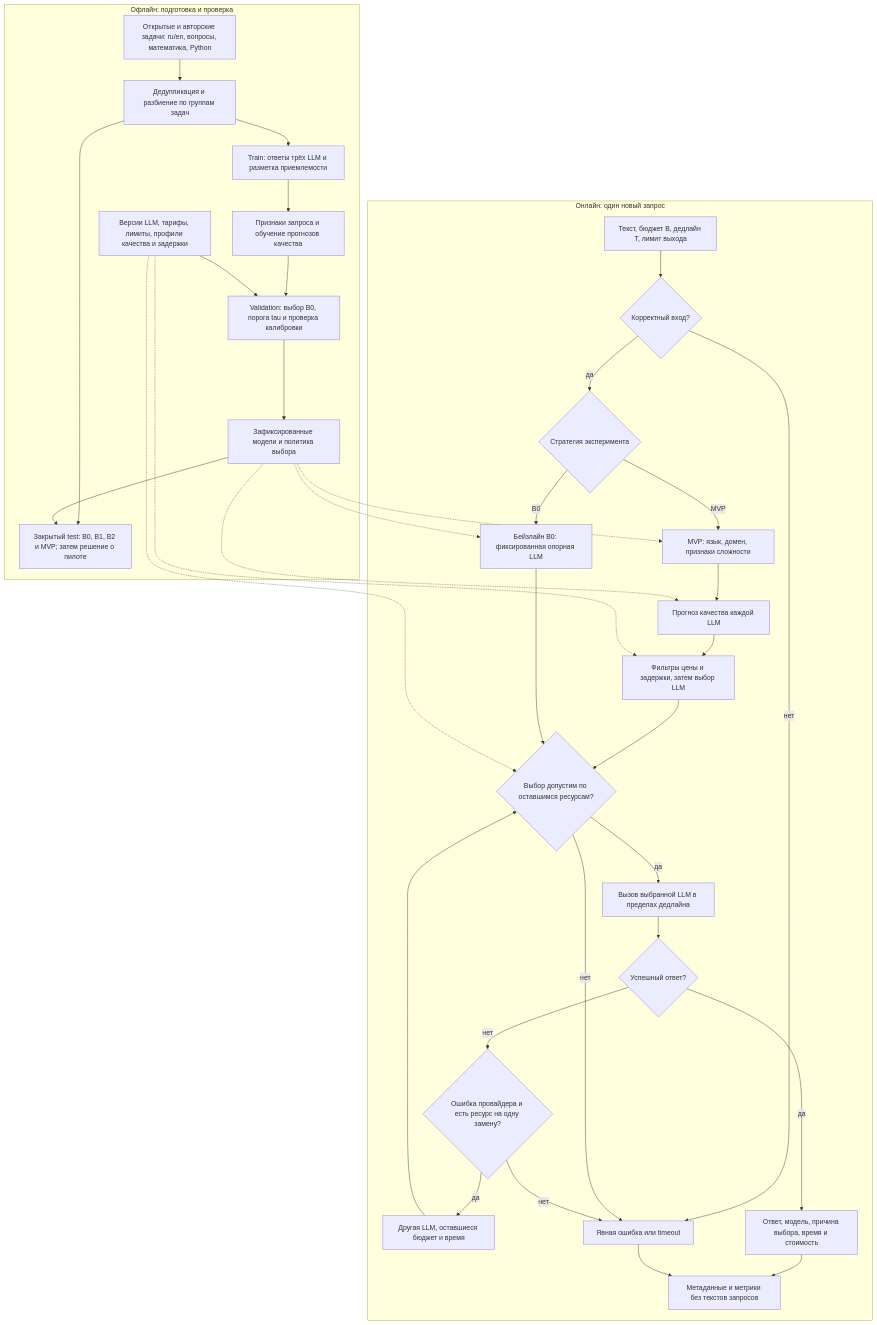
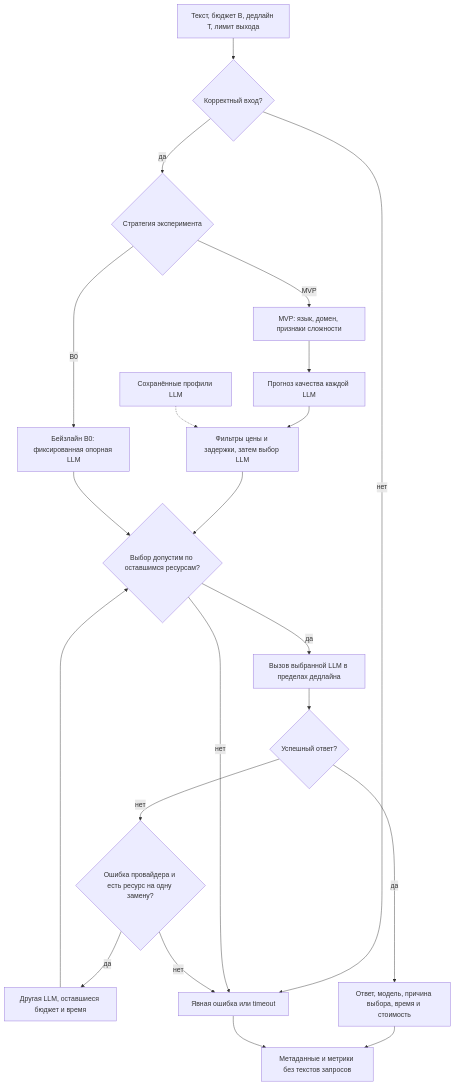
The second of 2 diagrams in docs/ml_system_design_doc.md (Mixlazer/ML_Sys_Design_HW), drawn with Mermaid before and after one commit. The commit also changed other lines of this file and 6 other files, not shown here.

````diff
--- a/docs/ml_system_design_doc.md
+++ b/docs/ml_system_design_doc.md
@@ -207,64 +226,38 @@
 ```mermaid
 flowchart TD
-    subgraph OFFLINE["Офлайн: подготовка и проверка"]
-        D["Открытые и авторские задачи: ru/en, вопросы, математика, Python"]
-        S["Дедупликация и разбиение по группам задач"]
-        TR["Train: ответы трёх LLM и разметка приемлемости"]
-        FIT["Признаки запроса и обучение прогнозов качества"]
-        VAL["Validation: выбор B0, порога tau и проверка калибровки"]
-        REG["Версии LLM, тарифы, лимиты, профили качества и задержки"]
-        ART["Зафиксированные модели и политика выбора"]
-        TEST["Закрытый test: B0, B1, B2 и MVP; затем решение о пилоте"]
-        D --> S
-        S --> TR
-        TR --> FIT
-        FIT --> VAL
-        REG --> VAL
-        VAL --> ART
-        S --> TEST
-        ART --> TEST
-    end
-
-    subgraph ONLINE["Онлайн: один новый запрос"]
-        IN["Текст, бюджет B, дедлайн T, лимит выхода"]
-        CHECK{"Корректный вход?"}
-        MODE{"Стратегия эксперимента"}
-        BASE["Бейзлайн B0: фиксированная опорная LLM"]
-        FEATURES["MVP: язык, домен, признаки сложности"]
-        PRED["Прогноз качества каждой LLM"]
-        PICK["Фильтры цены и задержки, затем выбор LLM"]
-        GUARD{"Выбор допустим по оставшимся ресурсам?"}
-        CALL["Вызов выбранной LLM в пределах дедлайна"]
-        OK{"Успешный ответ?"}
-        RETRY{"Ошибка провайдера и есть ресурс на одну замену?"}
-        FALLBACK["Другая LLM, оставшиеся бюджет и время"]
-        ERR["Явная ошибка или timeout"]
-        OUT["Ответ, модель, причина выбора, время и стоимость"]
-        LOG["Метаданные и метрики без текстов запросов"]
-        IN --> CHECK
-        CHECK -->|"нет"| ERR
-        CHECK -->|"да"| MODE
-        MODE -->|"B0"| BASE
-        MODE -->|"MVP"| FEATURES
-        FEATURES --> PRED
-        PRED --> PICK
-        PICK --> GUARD
-        BASE --> GUARD
-        GUARD -->|"да"| CALL
-        GUARD -->|"нет"| ERR
-        CALL --> OK
-        OK -->|"да"| OUT
-        OK -->|"нет"| RETRY
-        RETRY -->|"да"| FALLBACK
-        FALLBACK --> GUARD
-        RETRY -->|"нет"| ERR
-        OUT --> LOG
-        ERR --> LOG
-    end
-
-    ART -.-> FEATURES
-    ART -.-> PRED
-    ART -.-> BASE
-    REG -.-> PICK
-    REG -.-> GUARD
+IN["Текст, бюджет B, дедлайн T, лимит выхода"]
+CHECK{"Корректный вход?"}
+MODE{"Стратегия эксперимента"}
+BASE["Бейзлайн B0: фиксированная опорная LLM"]
+FEATURES["MVP: язык, домен, признаки сложности"]
+PRED["Прогноз качества каждой LLM"]
+PICK["Фильтры цены и задержки, затем выбор LLM"]
+GUARD{"Выбор допустим по оставшимся ресурсам?"}
+CALL["Вызов выбранной LLM в пределах дедлайна"]
+OK{"Успешный ответ?"}
+RETRY{"Ошибка провайдера и есть ресурс на одну замену?"}
+FALLBACK["Другая LLM, оставшиеся бюджет и время"]
+ERR["Явная ошибка или timeout"]
+OUT["Ответ, модель, причина выбора, время и стоимость"]
+LOG["Метаданные и метрики без текстов запросов"]
+IN --> CHECK
+CHECK -->|"нет"| ERR
+CHECK -->|"да"| MODE
+MODE -->|"B0"| BASE
+MODE -->|"MVP"| FEATURES
+FEATURES --> PRED
+PRED --> PICK
+PICK --> GUARD
+BASE --> GUARD
+GUARD -->|"да"| CALL
+GUARD -->|"нет"| ERR
+CALL --> OK
+OK -->|"да"| OUT
+OK -->|"нет"| RETRY
+RETRY -->|"да"| FALLBACK
+FALLBACK --> GUARD
+RETRY -->|"нет"| ERR
+OUT --> LOG
+ERR --> LOG
+PROFILES["Сохранённые профили LLM"] -.-> PICK
 ```
````
